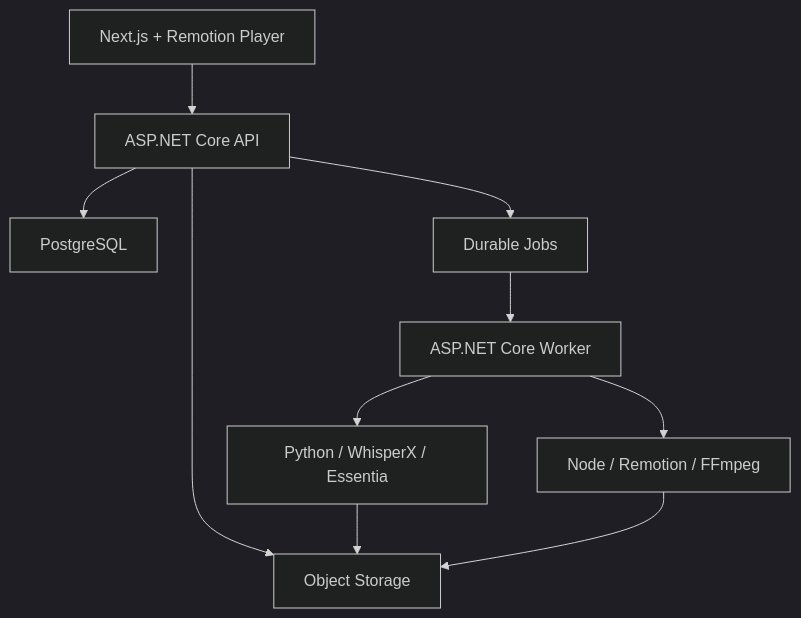
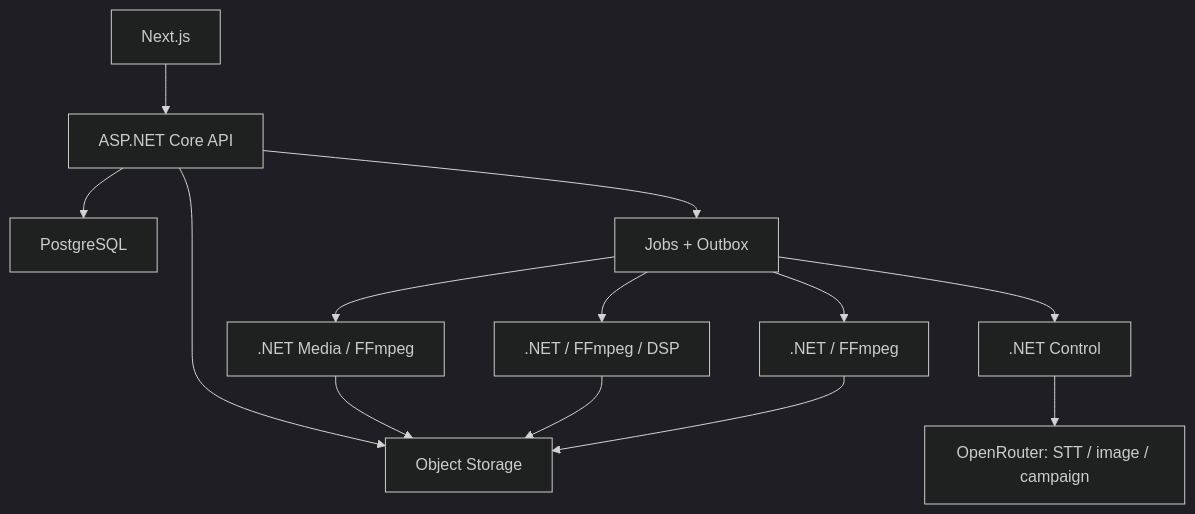
One commit to Tassadar2499/Hook2Stream changed the second of 2 diagrams in doc/base/Hook2Stream_Product_Plan.md. Above: the diagram before and after it, drawn with Mermaid (dark theme). The commit also changed other lines of this file and 131 other files, not shown here.

````diff
--- a/doc/base/Hook2Stream_Product_Plan.md
+++ b/doc/base/Hook2Stream_Product_Plan.md
@@ -511,12 +526,15 @@
 ```mermaid
 flowchart TD
-    WEB["Next.js + Remotion Player"] --> API["ASP.NET Core API"]
+    WEB["Next.js"] --> API["ASP.NET Core API"]
     API --> DB["PostgreSQL"]
     API --> STORE["Object Storage"]
-    API --> JOBS["Durable Jobs"]
-    JOBS --> ORCH["ASP.NET Core Worker"]
-    ORCH --> AUDIO["Python / WhisperX / Essentia"]
-    ORCH --> VIDEO["Node / Remotion / FFmpeg"]
+    API --> JOBS["Jobs + Outbox"]
+    JOBS --> ORCH[".NET Control"]
+    JOBS --> MEDIA[".NET Media / FFmpeg"]
+    JOBS --> AUDIO[".NET / FFmpeg / DSP"]
+    JOBS --> VIDEO[".NET / FFmpeg"]
+    ORCH --> AI["OpenRouter: STT / image / campaign"]
+    MEDIA --> STORE
     AUDIO --> STORE
     VIDEO --> STORE
 ```
````
